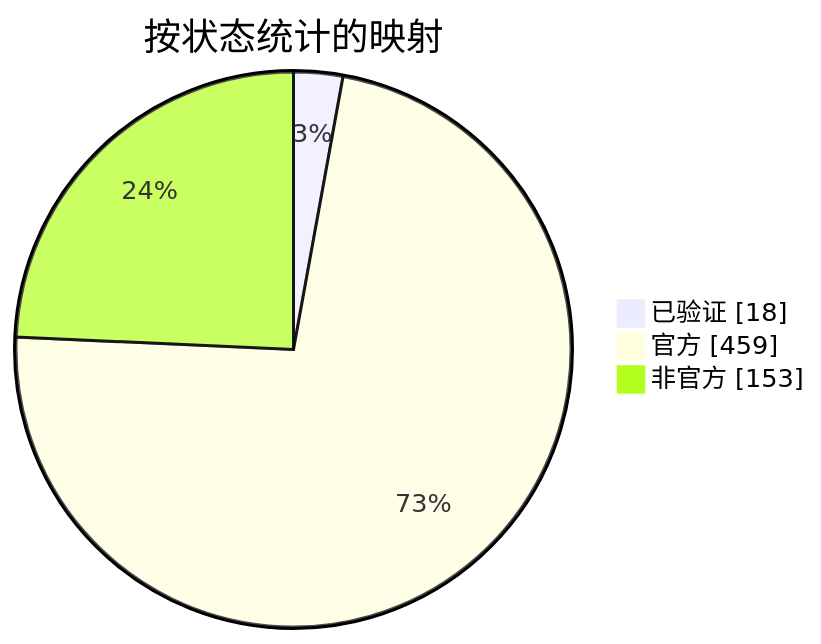
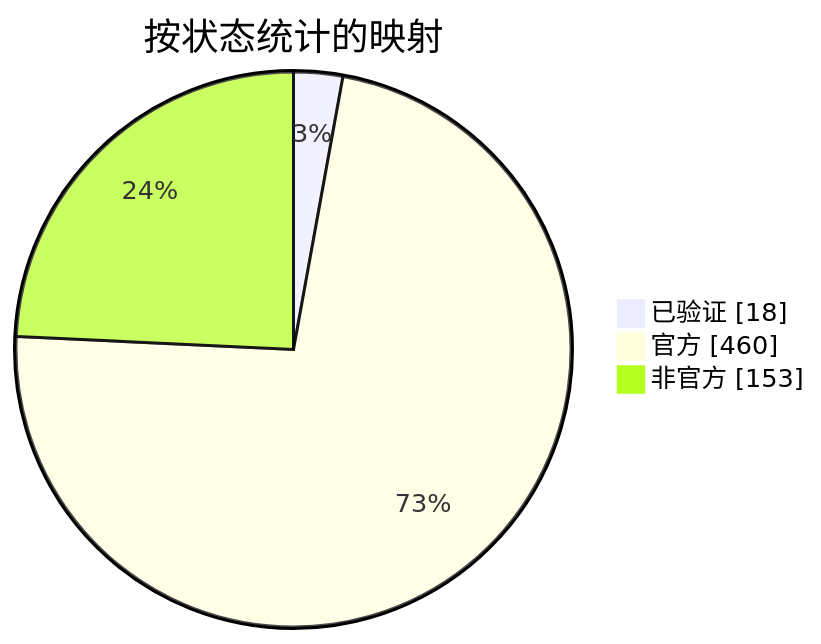
One commit to nobrega8/mbmap-library changed the diagram in docs/readme/README_ZHS.md. Above: the diagram before and after it, drawn with Mermaid. The commit also changed 6 other files, not shown here.

````diff
--- a/docs/readme/README_ZHS.md
+++ b/docs/readme/README_ZHS.md
@@ -54,7 +54,7 @@
 ```mermaid
 pie showData
     title 按状态统计的映射
     "已验证" : 18
-    "官方" : 459
+    "官方" : 460
     "非官方" : 153
 ```
````
